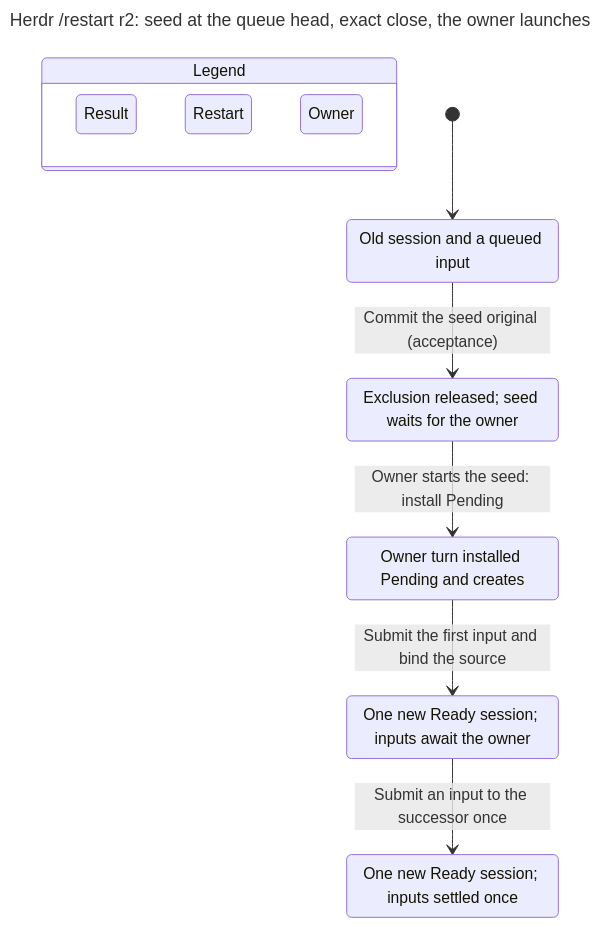
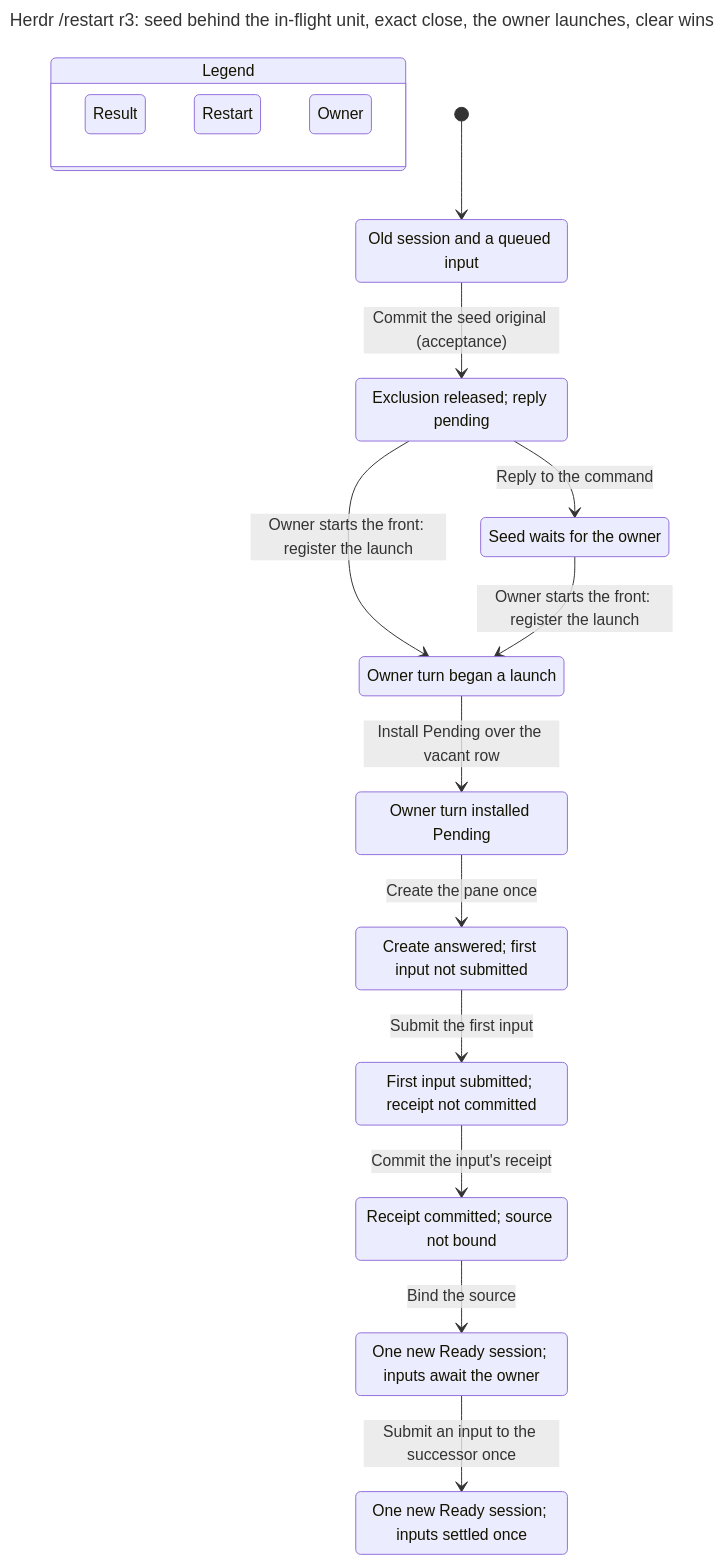
Before and after one commit to itismyfield/AgentDesk: the diagram in docs/statecharts/session-lifecycle/herdr-restart-owner-StartMissing.chart.mmd, drawn with Mermaid. The commit also changed 199 other files, not shown here.

First line of the commit message:
docs(herdr): restart design r3 — restart through a dispatch, clear wins, seedless restart

```diff
--- a/docs/statecharts/session-lifecycle/herdr-restart-owner-StartMissing.chart.mmd
+++ b/docs/statecharts/session-lifecycle/herdr-restart-owner-StartMissing.chart.mmd
@@ -1,27 +1,38 @@
 ---
-title: "Herdr /restart r2: seed at the queue head, exact close, the owner launches"
+title: "Herdr /restart r3: seed behind the in-flight unit, exact close, the owner launches, clear wins"
 ---
 stateDiagram-v2
   state "Legend" as legend {
     lg0: Result
     lg1: Restart
     lg2: Owner
   }
   class lg0 teal
   class lg1 blue
   class lg2 purple
   s0: Old session and a queued input
-  s1: Exclusion released#59; seed waits for the owner
-  s2: Owner turn installed Pending and creates
-  s3: One new Ready session#59; inputs await the owner
-  s4: One new Ready session#59; inputs settled once
+  s1: Exclusion released#59; reply pending
+  s2: Owner turn began a launch
+  s3: Seed waits for the owner
+  s4: Owner turn installed Pending
+  s5: Create answered#59; first input not submitted
+  s6: First input submitted#59; receipt not committed
+  s7: Receipt committed#59; source not bound
+  s8: One new Ready session#59; inputs await the owner
+  s9: One new Ready session#59; inputs settled once
   [*] --> s0
   s0 --> s1: Commit the seed original (acceptance)
-  s1 --> s2: Owner starts the seed: install Pending
-  s2 --> s3: Submit the first input and bind the source
-  s3 --> s4: Submit an input to the successor once
+  s1 --> s2: Owner starts the front: register the launch
+  s1 --> s3: Reply to the command
+  s2 --> s4: Install Pending over the vacant row
+  s3 --> s2: Owner starts the front: register the launch
+  s4 --> s5: Create the pane once
+  s5 --> s6: Submit the first input
+  s6 --> s7: Commit the input's receipt
+  s7 --> s8: Bind the source
+  s8 --> s9: Submit an input to the successor once
   class s0 blue
-  class s1 purple
-  class s2 purple
-  class s3 teal
-  class s4 teal
+  class s1 blue
+  class s3 purple
+  class s8 teal
+  class s9 teal
```
